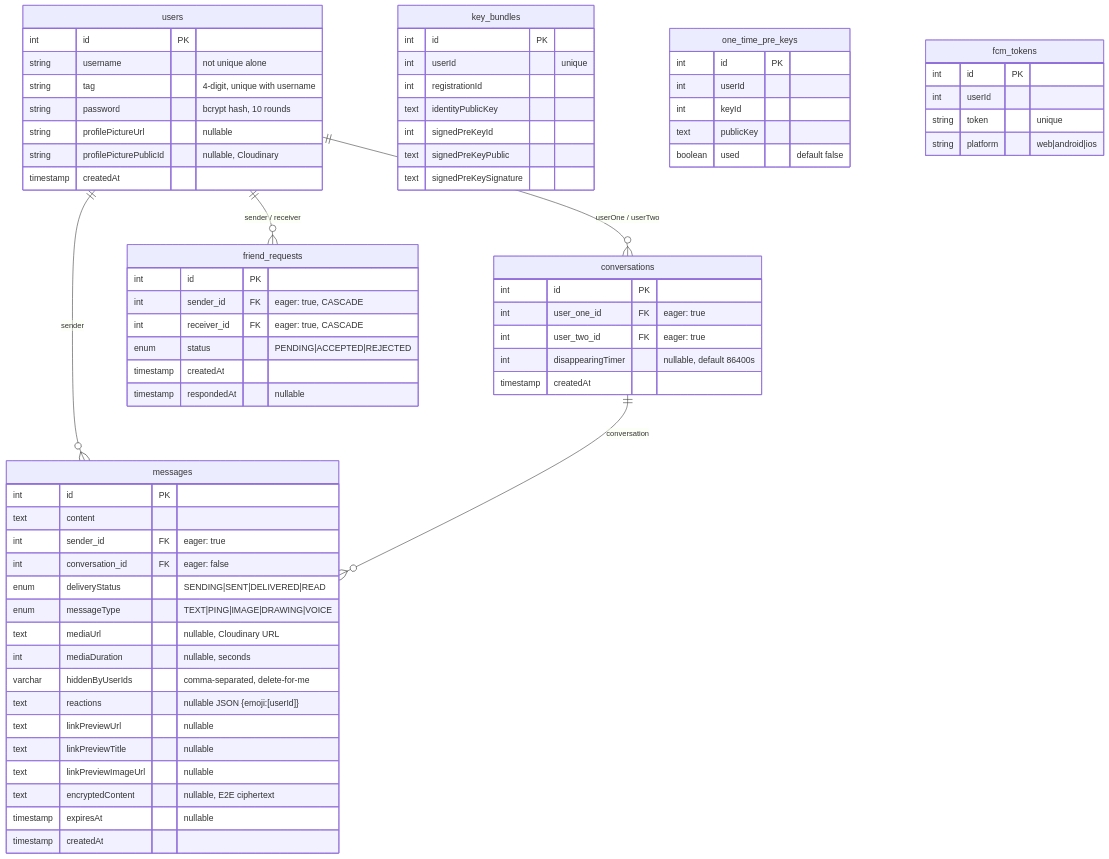
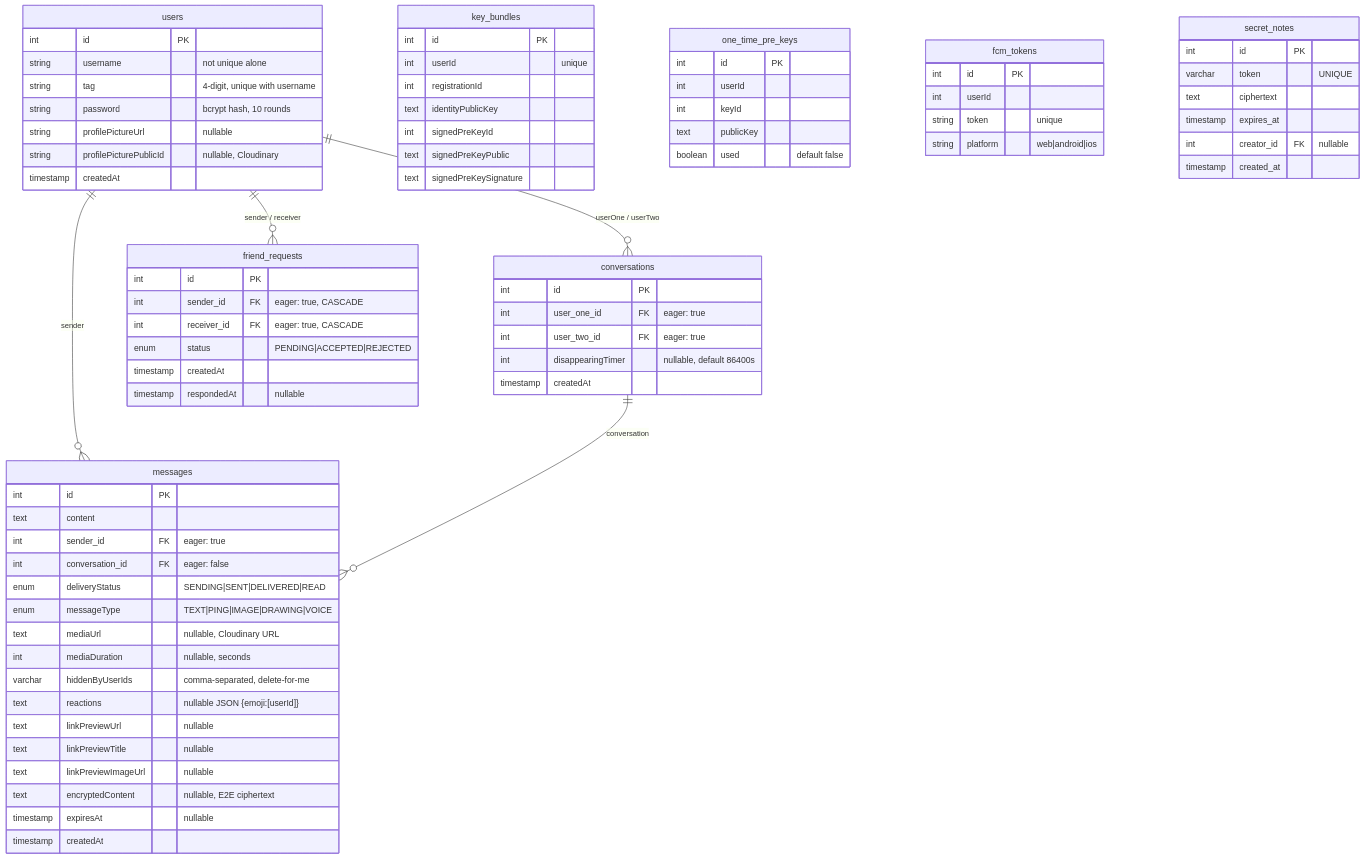
One commit to Lentach/Fireplace changed the second of 2 diagrams in CLAUDE.md. Above: the diagram before and after it, drawn with Mermaid. The commit also changed other lines of this file, not shown here.

Commit message:
docs: update CLAUDE.md with Anti-Quantum Note feature

````diff
--- a/CLAUDE.md
+++ b/CLAUDE.md
@@ -248,4 +249,13 @@
         string token "unique"
         string platform "web|android|ios"
     }
+
+    secret_notes {
+        int id PK
+        varchar token "UNIQUE"
+        text ciphertext
+        timestamp expires_at
+        int creator_id FK "nullable"
+        timestamp created_at
+    }
 ```
````
